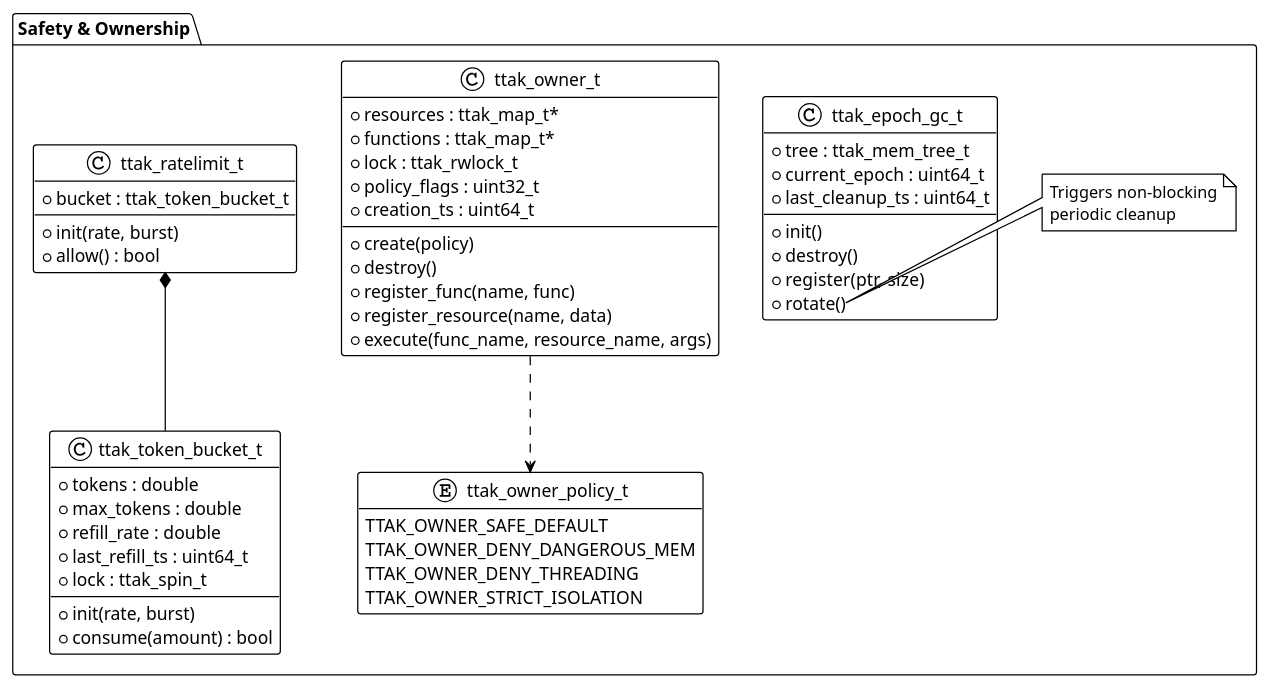
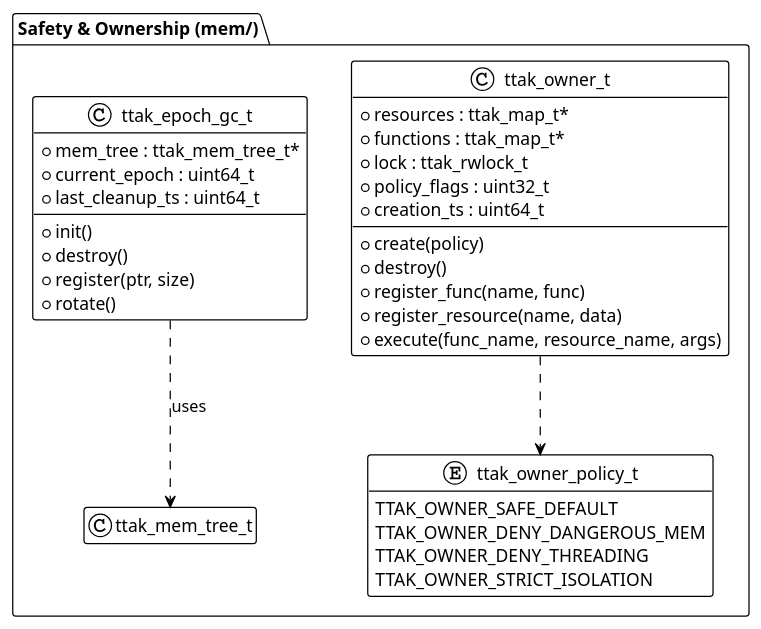
One commit to Religiya-Serdtsa/libttak changed the diagram in blueprints/07_safety_and_ownership.puml. Above: the diagram before and after it, drawn with PlantUML. The commit also changed 17 other files, not shown here.

```diff
--- a/blueprints/07_safety_and_ownership.puml
+++ b/blueprints/07_safety_and_ownership.puml
@@ -1,63 +1,41 @@
 @startuml
 !theme plain
 hide empty members
 
-package "Safety & Ownership" {
+package "Safety & Ownership (mem/)" {
     class ttak_owner_t {
         + resources : ttak_map_t*
         + functions : ttak_map_t*
         + lock : ttak_rwlock_t
         + policy_flags : uint32_t
         + creation_ts : uint64_t
         __
         + create(policy)
         + destroy()
         + register_func(name, func)
         + register_resource(name, data)
         + execute(func_name, resource_name, args)
     }
 
     enum ttak_owner_policy_t {
         TTAK_OWNER_SAFE_DEFAULT
         TTAK_OWNER_DENY_DANGEROUS_MEM
         TTAK_OWNER_DENY_THREADING
         TTAK_OWNER_STRICT_ISOLATION
     }
 
     class ttak_epoch_gc_t {
-        + tree : ttak_mem_tree_t
+        + mem_tree : ttak_mem_tree_t*
         + current_epoch : uint64_t
         + last_cleanup_ts : uint64_t
         __
         + init()
         + destroy()
         + register(ptr, size)
         + rotate()
     }
-    note right of ttak_epoch_gc_t::rotate
-        Triggers non-blocking
-        periodic cleanup
-    end note
-
-    class ttak_ratelimit_t {
-        + bucket : ttak_token_bucket_t
-        __
-        + init(rate, burst)
-        + allow() : bool
-    }
-
-    class ttak_token_bucket_t {
-        + tokens : double
-        + max_tokens : double
-        + refill_rate : double
-        + last_refill_ts : uint64_t
-        + lock : ttak_spin_t
-        __
-        + init(rate, burst)
-        + consume(amount) : bool
-    }
 
     ttak_owner_t ..> ttak_owner_policy_t
-    ttak_ratelimit_t *-- ttak_token_bucket_t
+    ttak_epoch_gc_t ..> ttak_mem_tree_t : uses
 }
 @enduml
```
